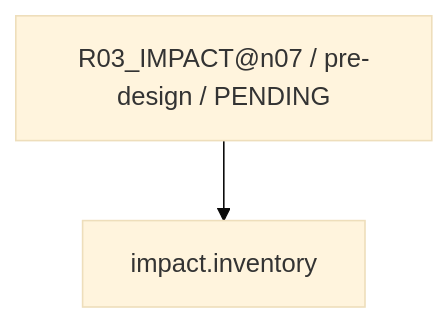
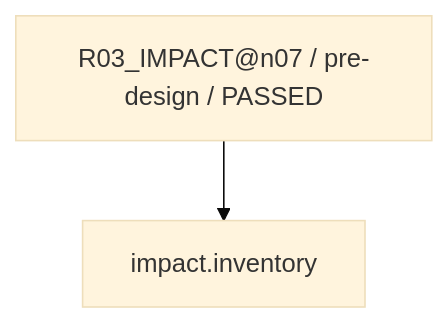
One commit to rrikunagasige-dot/kyotsu-step-web changed the third of 14 diagrams in work/items/W-MATH-032-n07-semantic-repair/generated/CAPABILITY_FIRE_DIAGRAM.md. Above: the diagram before and after it, drawn with Mermaid (base theme). The commit also changed other lines of this file and 469 other files, not shown here.

````diff
--- a/work/items/W-MATH-032-n07-semantic-repair/generated/CAPABILITY_FIRE_DIAGRAM.md
+++ b/work/items/W-MATH-032-n07-semantic-repair/generated/CAPABILITY_FIRE_DIAGRAM.md
@@ -43,6 +43,6 @@
 ```mermaid
 flowchart TD
-  N0["R03_IMPACT@n07 / pre-design / PENDING"]
+  N0["R03_IMPACT@n07 / pre-design / PASSED"]
   N1["impact.inventory"]
   N0 --> N1
 ```
````
